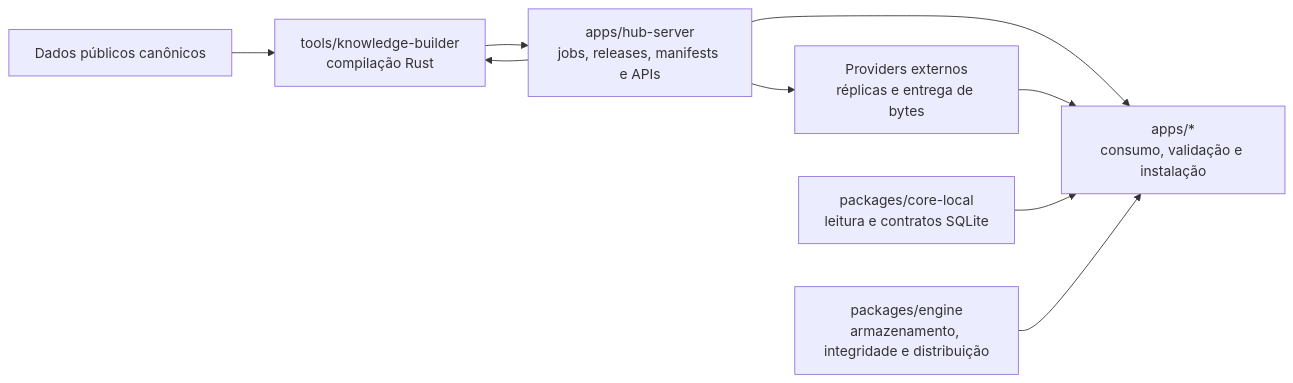
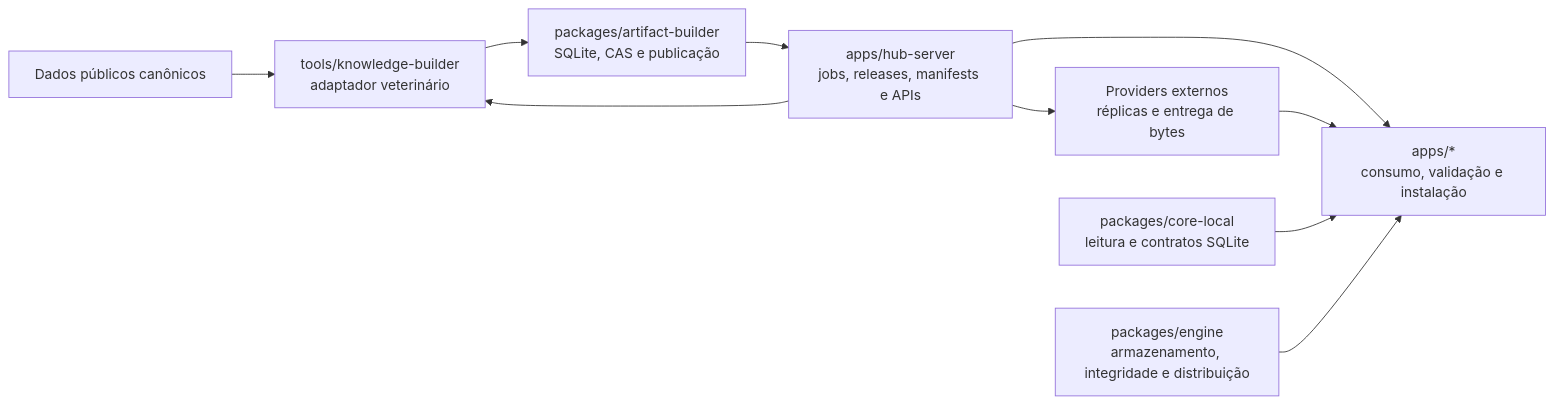
Before and after one commit to migmoroni/veterinary-clinic: the third of 3 diagrams in docs/plans/hub-server/README.md, drawn with Mermaid. The commit also changed other lines of this file and 11 other files, not shown here.

````diff
--- a/docs/plans/hub-server/README.md
+++ b/docs/plans/hub-server/README.md
@@ -301,11 +317,12 @@
 ```mermaid
 flowchart LR
-    DATA["Dados públicos canônicos"] --> BUILDER["tools/knowledge-builder<br/>compilação Rust"]
+    DATA["Dados públicos canônicos"] --> BUILDER["tools/knowledge-builder<br/>adaptador veterinário"]
+    BUILDER --> ARTIFACTS["packages/artifact-builder<br/>SQLite, CAS e publicação"]
     HUB["apps/hub-server<br/>jobs, releases, manifests e APIs"] --> BUILDER
-    BUILDER --> HUB
+    ARTIFACTS --> HUB
     HUB --> APP["apps/*<br/>consumo, validação e instalação"]
     HUB --> PROVIDERS["Providers externos<br/>réplicas e entrega de bytes"]
     PROVIDERS --> APP
     CORE["packages/core-local<br/>leitura e contratos SQLite"] --> APP
     ENGINE["packages/engine<br/>armazenamento, integridade e distribuição"] --> APP
 ```
````
